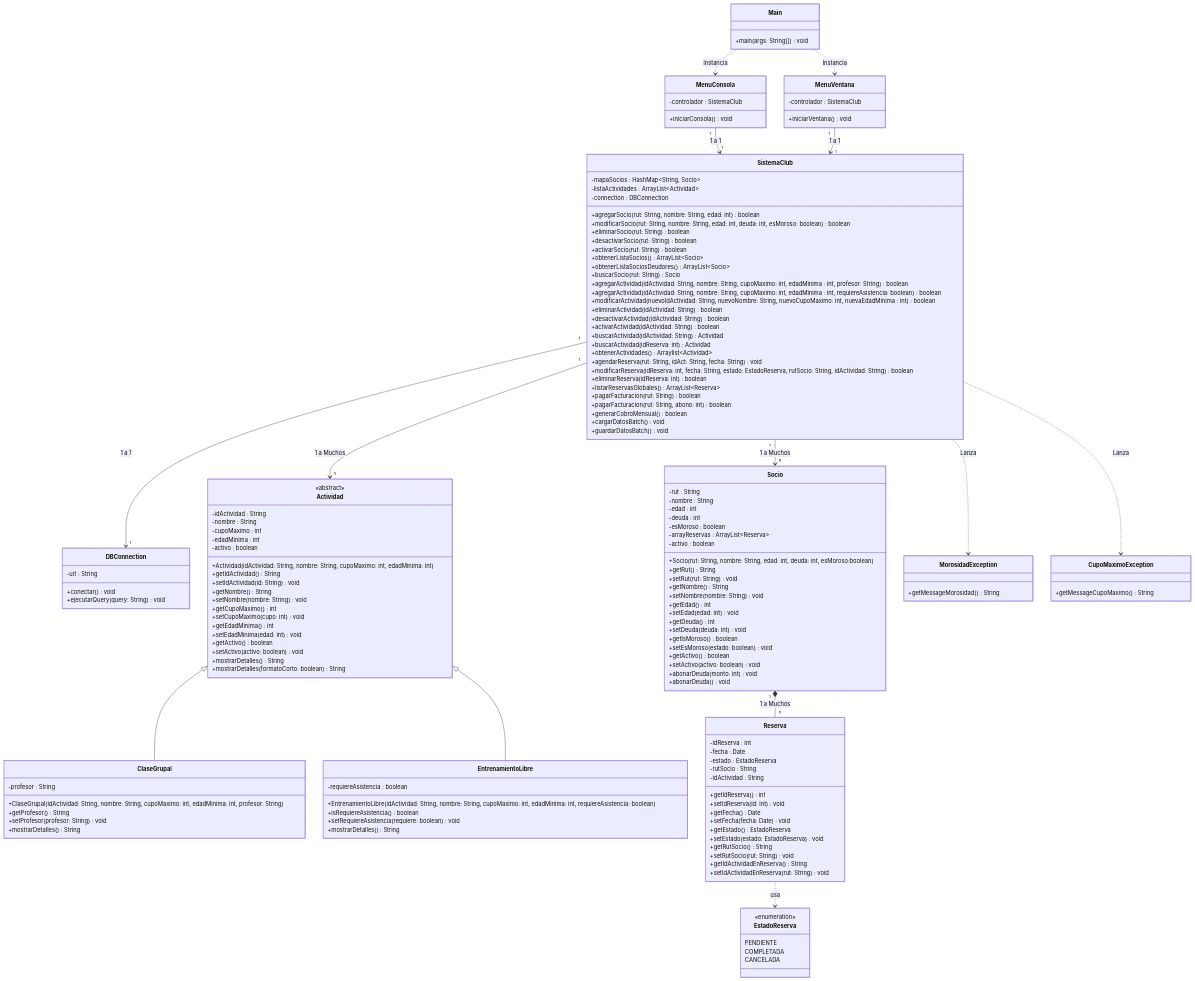
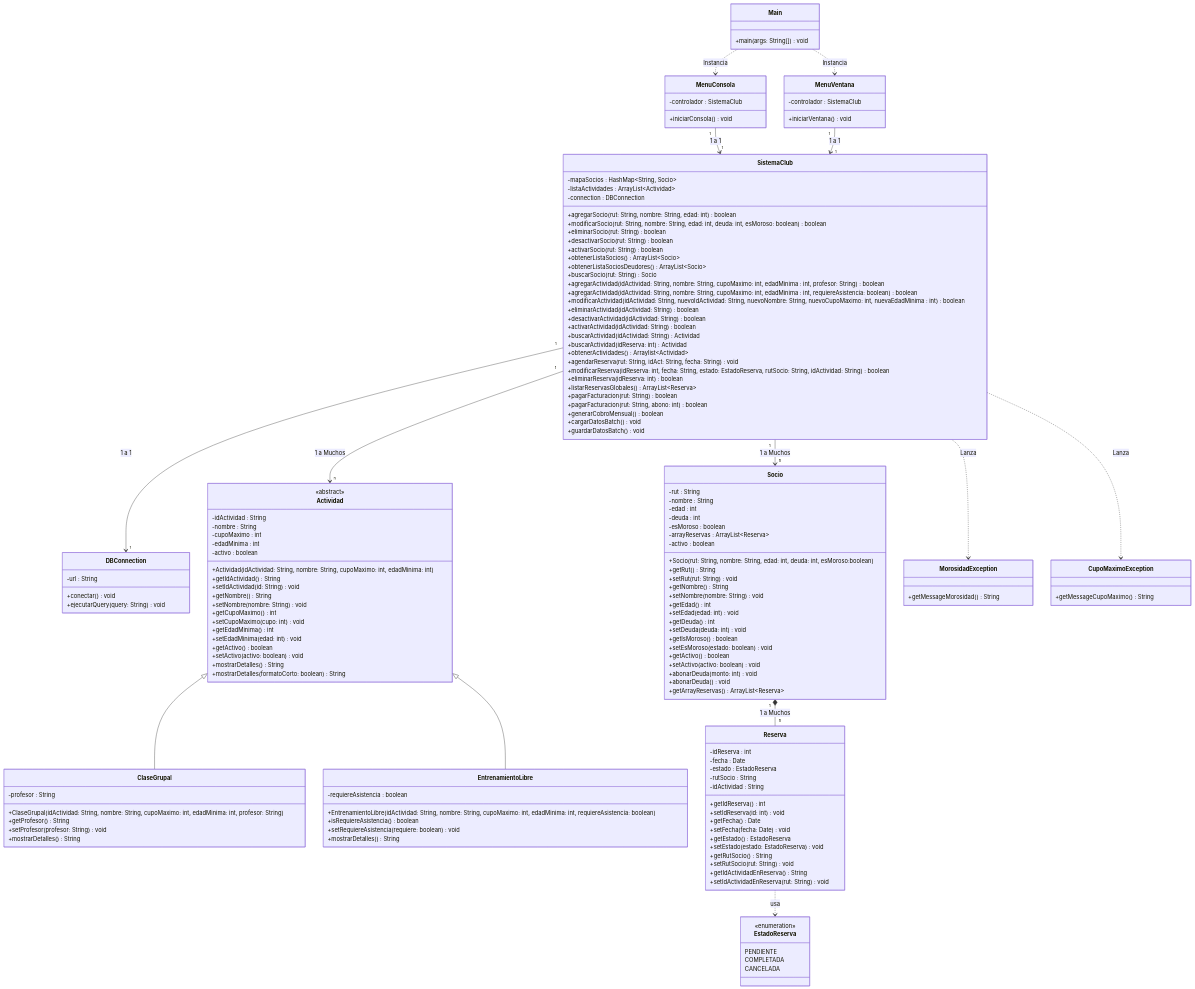
The diagram in planificacion/Diagrama de Clases UML.md (L3v1smpr/ProyectoProgramacionAvanzadaUno), drawn with Mermaid before and after one commit.

Commit message:
3. Implementación en UML: getArrayReservas() ArrayList~Reserva~ - El cual retorna el arreglo con las reservas del socio, para buscar la actividad asociada con sobrecarga.

```diff
--- a/planificacion/Diagrama de Clases UML.md
+++ b/planificacion/Diagrama de Clases UML.md
@@ -31,7 +31,7 @@
 	   +buscarSocio(rut: String) Socio
         +agregarActividad(idActividad: String, nombre: String, cupoMaximo: int, edadMinima : int, profesor: String) boolean
         +agregarActividad(idActividad: String, nombre: String, cupoMaximo: int, edadMinima : int, requiereAsistencia: boolean) boolean
-        +modificarActividad(nuevoIdActividad: String, nuevoNombre: String, nuevoCupoMaximo: int, nuevaEdadMinima : int) boolean
+        +modificarActividad(idActividad: String, nuevoIdActividad: String, nuevoNombre: String, nuevoCupoMaximo: int, nuevaEdadMinima : int) boolean
         +eliminarActividad(idActividad: String) boolean
         +desactivarActividad(idActividad: String) boolean
         +activarActividad(idActividad: String) boolean
@@ -119,6 +119,7 @@
         +setActivo(activo: boolean) void
         +abonarDeuda(monto: int) void
         +abonarDeuda() void
+        +getArrayReservas() ArrayList~Reserva~
     }
     
     class Reserva {
```
